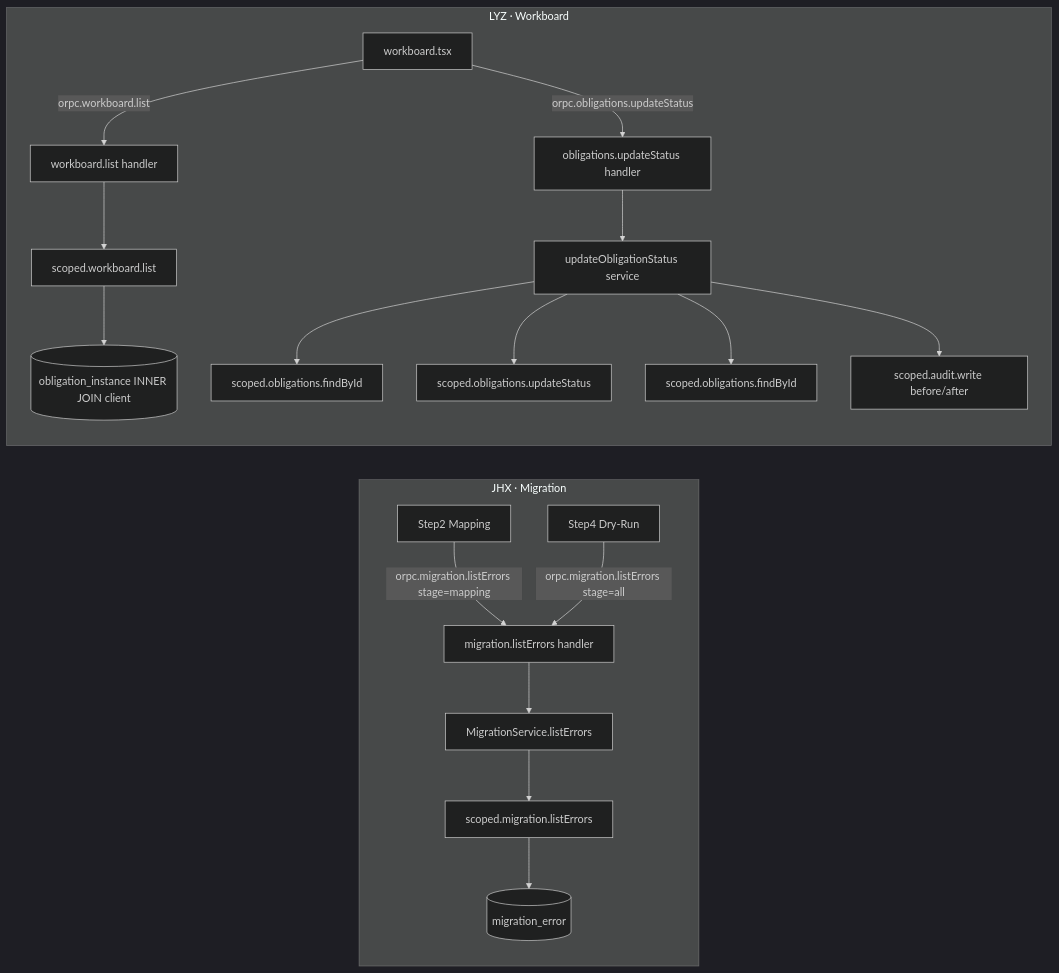
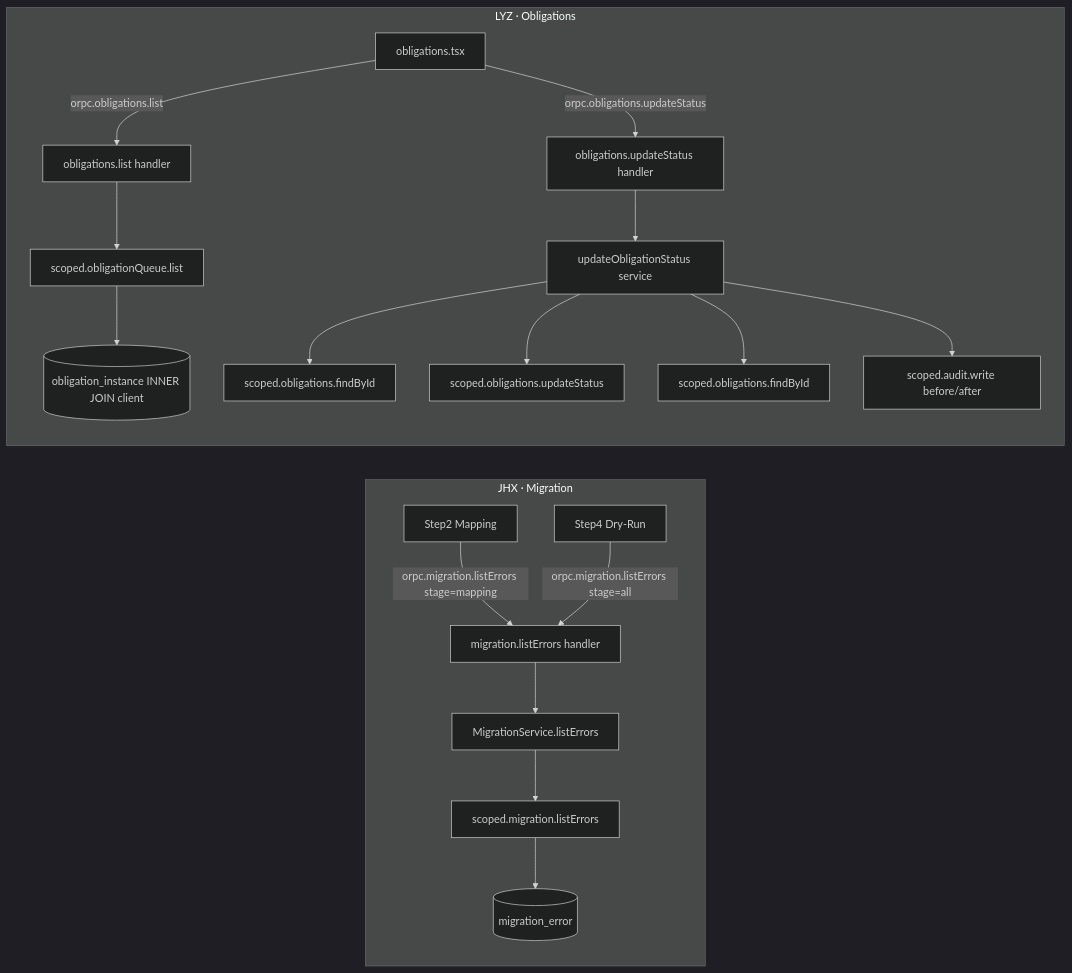
The diagram in docs/dev-log/2026-04-26-day3-tech-design.md (langgenius/due-date-hq-jhx-lyz), drawn with Mermaid (dark theme) before and after one commit. The commit also changed other lines of this file and 197 other files, not shown here.

Commit message:
refactor(router): rename 'workboard' to 'obligations' across the application, updating routes, tests, and UI components for consistency

````diff
--- a/docs/dev-log/2026-04-26-day3-tech-design.md
+++ b/docs/dev-log/2026-04-26-day3-tech-design.md
@@ -25,25 +25,25 @@
 ```mermaid
 flowchart LR
   subgraph migrationLane [JHX · Migration]
     step2[Step2 Mapping]
     step4[Step4 Dry-Run]
     step2 -->|"orpc.migration.listErrors stage=mapping"| listErr[migration.listErrors handler]
     step4 -->|"orpc.migration.listErrors stage=all"| listErr
     listErr --> migService[MigrationService.listErrors]
     migService --> migRepo[scoped.migration.listErrors]
     migRepo --> errTable[(migration_error)]
   end
 
-  subgraph workboardLane [LYZ · Workboard]
-    page[workboard.tsx]
-    page -->|"orpc.workboard.list"| listH[workboard.list handler]
-    listH --> wbRepo[scoped.workboard.list]
+  subgraph obligationsLane [LYZ · Obligations]
+    page[obligations.tsx]
+    page -->|"orpc.obligations.list"| listH[obligations.list handler]
+    listH --> wbRepo[scoped.obligationQueue.list]
     wbRepo --> joinT[("obligation_instance INNER JOIN client")]
     page -->|"orpc.obligations.updateStatus"| upd[obligations.updateStatus handler]
     upd --> service[updateObligationStatus service]
     service --> findBefore[scoped.obligations.findById]
     service --> doUpd[scoped.obligations.updateStatus]
     service --> findAfter[scoped.obligations.findById]
     service --> writeAudit[scoped.audit.write before/after]
   end
 ```
````
